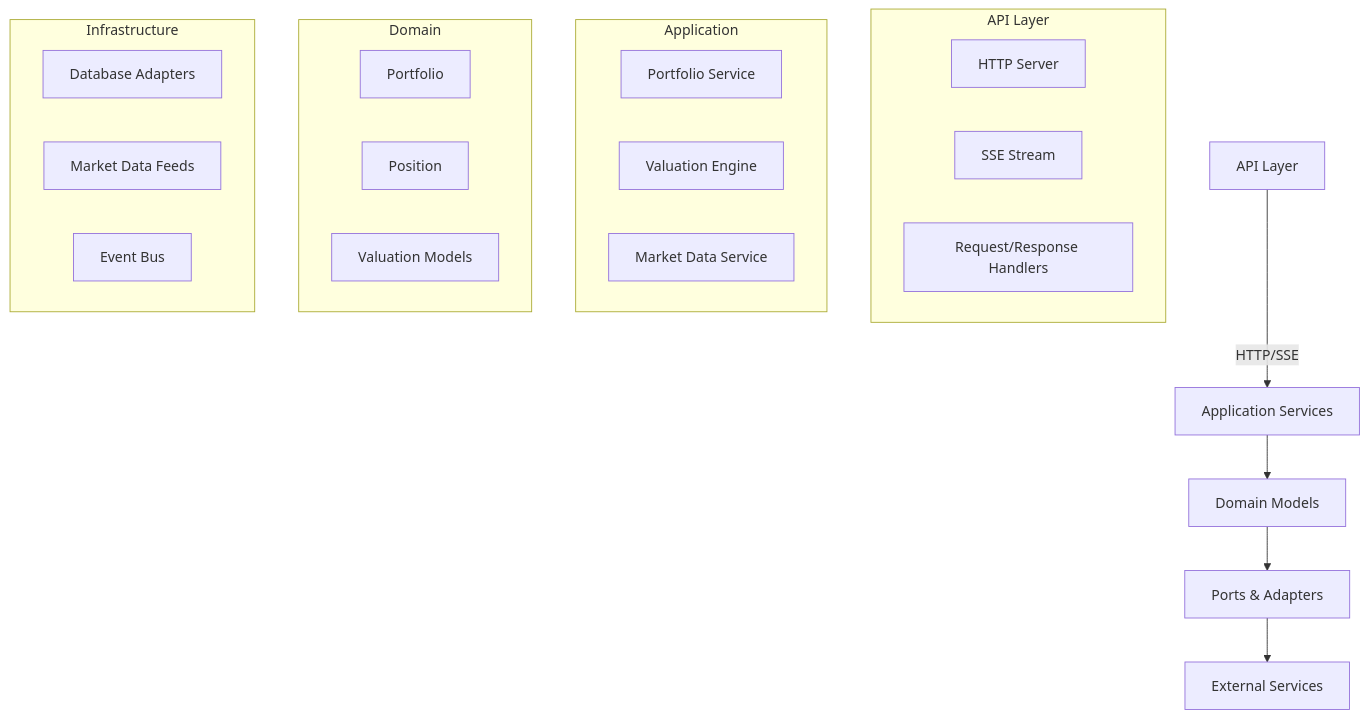
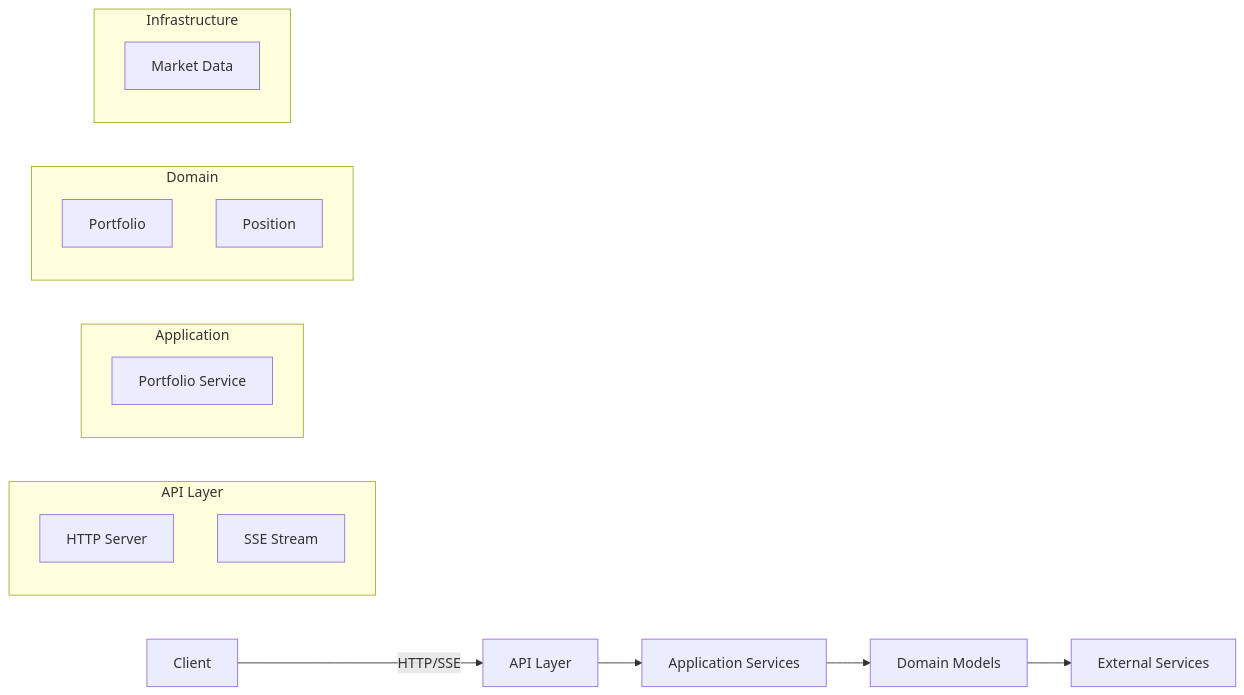
One commit to sabacherli/valuation-service changed the diagram in README.md. Above: the diagram before and after it, drawn with Mermaid. The commit also changed other lines of this file and 1 other file, not shown here.

````diff
--- a/README.md
+++ b/README.md
@@ -133,31 +312,25 @@
 ```mermaid
-graph TD
-    A[API Layer] -->|HTTP/SSE| B[Application Services]
-    B --> C[Domain Models]
-    C --> D[Ports & Adapters]
+flowchart LR
+    A[Client] -->|HTTP/SSE| B[API Layer]
+    B --> C[Application Services]
+    C --> D[Domain Models]
     D --> E[External Services]
     
     subgraph API Layer
     A1[HTTP Server]
     A2[SSE Stream]
-    A3[Request/Response Handlers]
     end
     
     subgraph Application
     B1[Portfolio Service]
-    B2[Valuation Engine]
-    B3[Market Data Service]
     end
     
     subgraph Domain
     C1[Portfolio]
     C2[Position]
-    C3[Valuation Models]
     end
     
     subgraph Infrastructure
-    D1[Database Adapters]
-    D2[Market Data Feeds]
-    D3[Event Bus]
+    D1[Market Data]
     end
 ```
````
